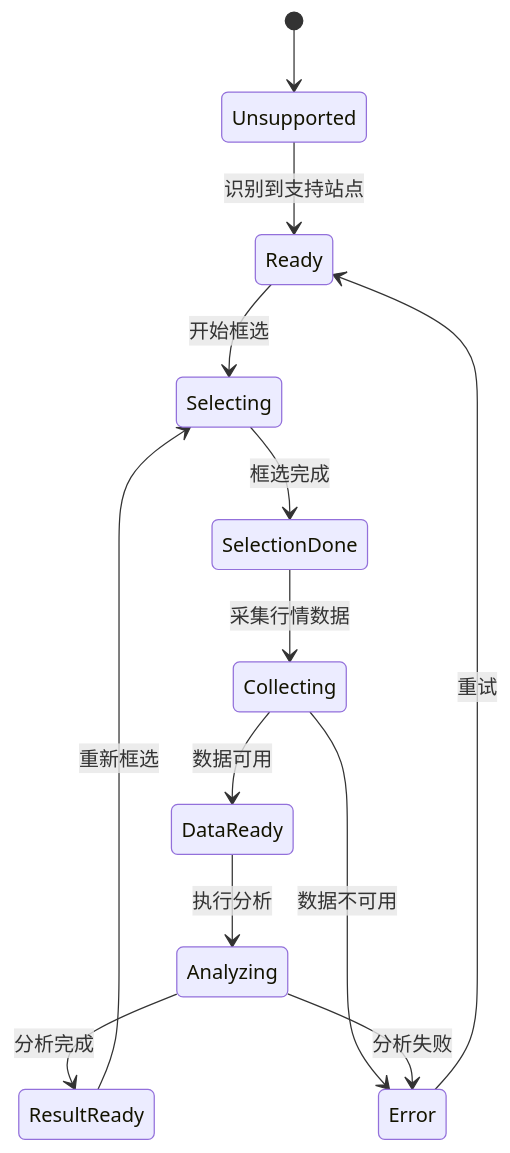
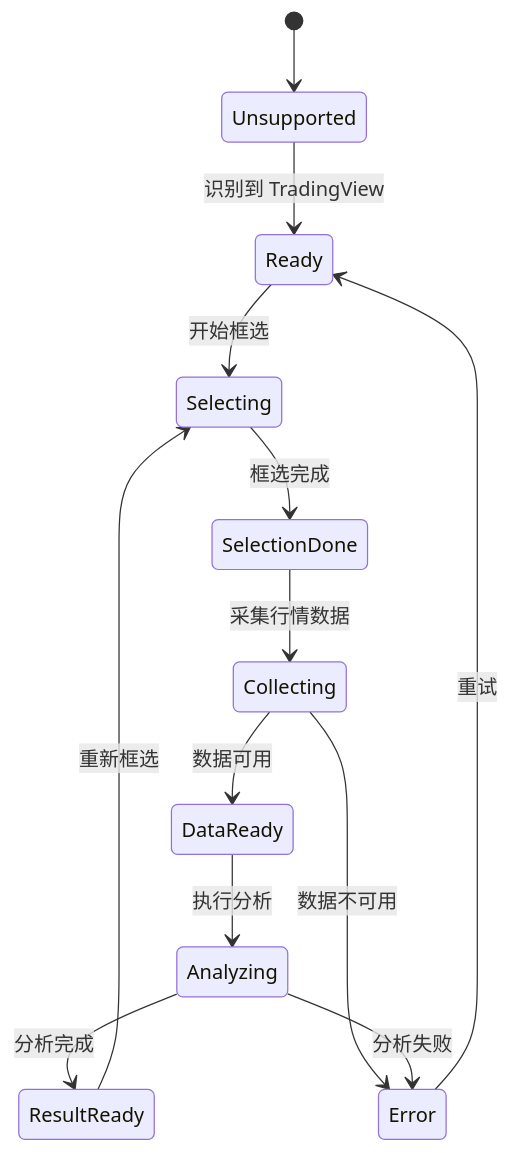
One commit to LanShiLiang/Chrome_K_line_analyzer changed the third of 3 diagrams in docs/spec/03_前端模块_侧边抽屉与页面交互设计方案.md. Above: the diagram before and after it, drawn with Mermaid. The commit also changed other lines of this file and 31 other files, not shown here.

Commit message:
feat: add multi-site analysis and harden architecture

````diff
--- a/docs/spec/03_前端模块_侧边抽屉与页面交互设计方案.md
+++ b/docs/spec/03_前端模块_侧边抽屉与页面交互设计方案.md
@@ -101,15 +101,15 @@
 ```mermaid
 stateDiagram-v2
     [*] --> Unsupported
-    Unsupported --> Ready: 识别到支持站点
+    Unsupported --> Ready: 识别到 TradingView
     Ready --> Selecting: 开始框选
     Selecting --> SelectionDone: 框选完成
     SelectionDone --> Collecting: 采集行情数据
     Collecting --> DataReady: 数据可用
     Collecting --> Error: 数据不可用
     DataReady --> Analyzing: 执行分析
     Analyzing --> ResultReady: 分析完成
     Analyzing --> Error: 分析失败
     Error --> Ready: 重试
     ResultReady --> Selecting: 重新框选
 ```
````
